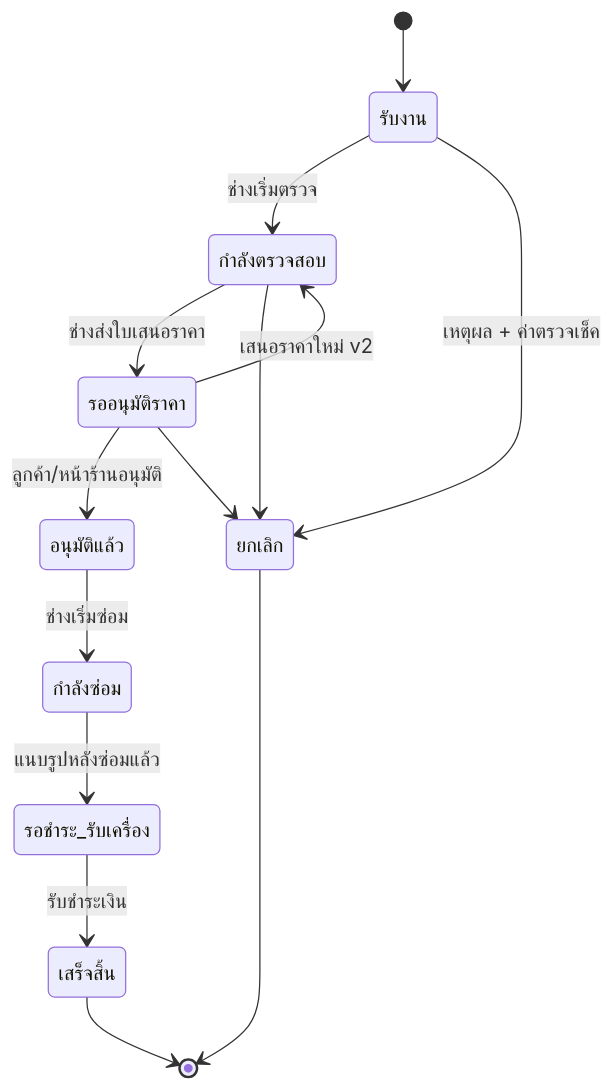
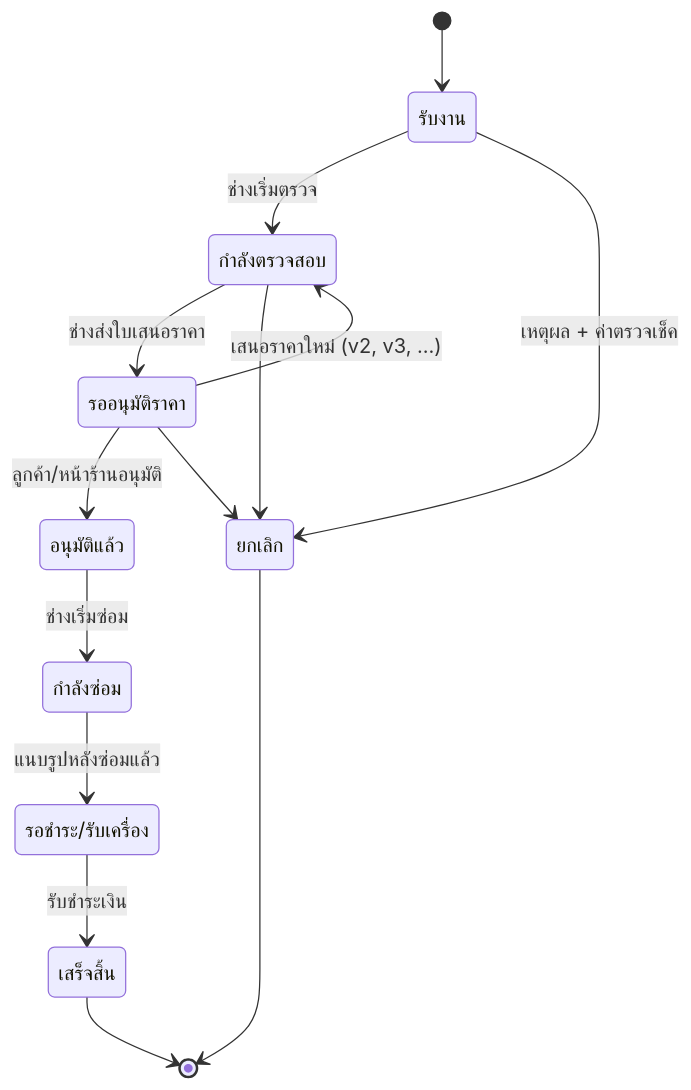
One commit to hirun-2542/RepairDesk changed the diagram in README.md. Above: the diagram before and after it, drawn with Mermaid.

Commit message:
docs: label workflow diagram states explicitly

````diff
--- a/README.md
+++ b/README.md
@@ -36,16 +36,25 @@
 ```mermaid
 stateDiagram-v2
-    [*] --> รับงาน
-    รับงาน --> กำลังตรวจสอบ: ช่างเริ่มตรวจ
-    กำลังตรวจสอบ --> รออนุมัติราคา: ช่างส่งใบเสนอราคา
-    รออนุมัติราคา --> อนุมัติแล้ว: ลูกค้า/หน้าร้านอนุมัติ
-    รออนุมัติราคา --> กำลังตรวจสอบ: เสนอราคาใหม่ v2
-    อนุมัติแล้ว --> กำลังซ่อม: ช่างเริ่มซ่อม
-    กำลังซ่อม --> รอชำระ_รับเครื่อง: แนบรูปหลังซ่อมแล้ว
-    รอชำระ_รับเครื่อง --> เสร็จสิ้น: รับชำระเงิน
-    รับงาน --> ยกเลิก: เหตุผล + ค่าตรวจเช็ค
-    กำลังตรวจสอบ --> ยกเลิก
-    รออนุมัติราคา --> ยกเลิก
-    เสร็จสิ้น --> [*]
-    ยกเลิก --> [*]
+    state "รับงาน" as RECEIVED
+    state "กำลังตรวจสอบ" as DIAGNOSING
+    state "รออนุมัติราคา" as QUOTED
+    state "อนุมัติแล้ว" as APPROVED
+    state "กำลังซ่อม" as REPAIRING
+    state "รอชำระ/รับเครื่อง" as READY
+    state "เสร็จสิ้น" as COMPLETED
+    state "ยกเลิก" as CANCELLED
+
+    [*] --> RECEIVED
+    RECEIVED --> DIAGNOSING: ช่างเริ่มตรวจ
+    DIAGNOSING --> QUOTED: ช่างส่งใบเสนอราคา
+    QUOTED --> APPROVED: ลูกค้า/หน้าร้านอนุมัติ
+    QUOTED --> DIAGNOSING: เสนอราคาใหม่ (v2, v3, …)
+    APPROVED --> REPAIRING: ช่างเริ่มซ่อม
+    REPAIRING --> READY: แนบรูปหลังซ่อมแล้ว
+    READY --> COMPLETED: รับชำระเงิน
+    RECEIVED --> CANCELLED: เหตุผล + ค่าตรวจเช็ค
+    DIAGNOSING --> CANCELLED
+    QUOTED --> CANCELLED
+    COMPLETED --> [*]
+    CANCELLED --> [*]
 ```
````
